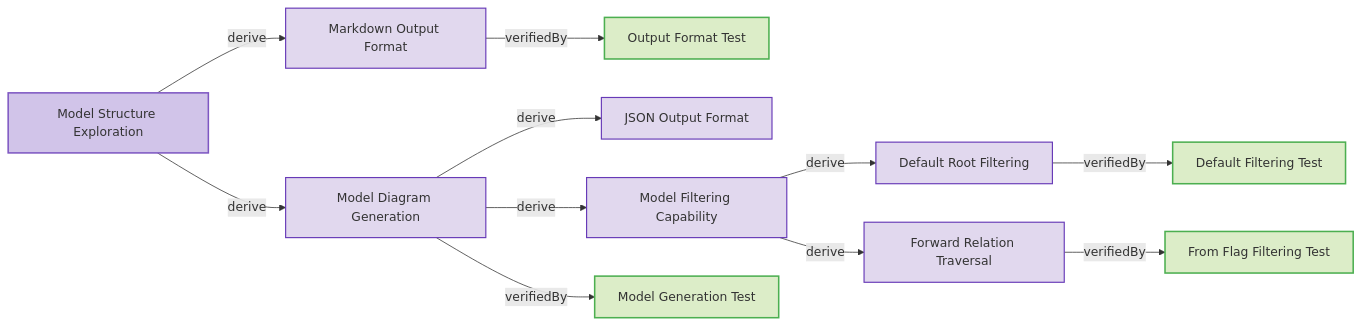
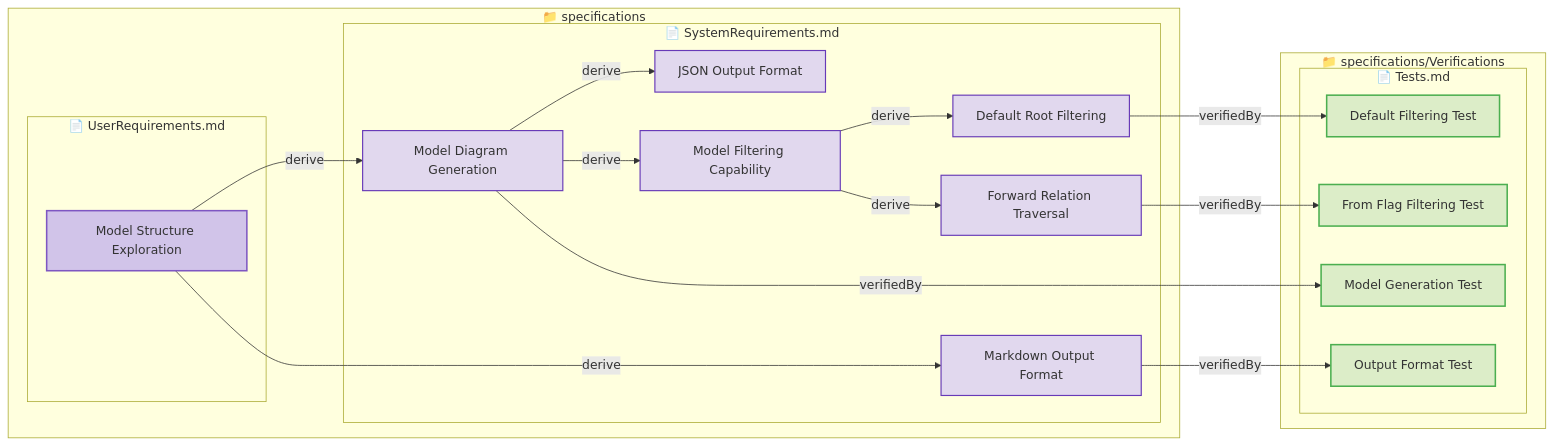
One commit to reqvire-org/reqvire changed the diagram in tests/test-model-command/expected/expected_output.md. Above: the diagram before and after it, drawn with Mermaid. The commit also changed 16 other files, not shown here.

First line of the commit message:
Add containment structure to all mermaid diagrams

````diff
--- a/tests/test-model-command/expected/expected_output.md
+++ b/tests/test-model-command/expected/expected_output.md
@@ -9,81 +9,64 @@
 ```mermaid
 graph LR
   classDef userRequirement fill:#D1C4E9,stroke:#7E57C2,stroke-width:2px;
   classDef systemRequirement fill:#E1D8EE,stroke:#673AB7,stroke-width:1.5px;
   classDef verification fill:#DCEDC8,stroke:#4CAF50,stroke-width:2px;
   classDef default fill:#F5F5F5,stroke:#424242,stroke-width:1.5px;
 
-  32fb52886d6166a1["Model Structure Exploration"];
-  class 32fb52886d6166a1 userRequirement;
-  click 32fb52886d6166a1 "specifications/UserRequirements.md#model-structure-exploration";
-  8accb4e2c9363546["Markdown Output Format"];
-  class 8accb4e2c9363546 systemRequirement;
-  click 8accb4e2c9363546 "specifications/SystemRequirements.md#markdown-output-format";
+  classDef folder fill:#FAFAFA,stroke:#9E9E9E,stroke-width:3px;
+  classDef file fill:#FFF8E1,stroke:#FFCA28,stroke-width:2px;
+
+  subgraph b4c308bac4df6d65["📁 specifications"]
+    subgraph d76ffb0335b04f31["📄 SystemRequirements.md"]
+      5b114dac21ad2026["Default Root Filtering"];
+      class 5b114dac21ad2026 systemRequirement;
+      click 5b114dac21ad2026 "specifications/SystemRequirements.md#default-root-filtering";
+      46fbef5d552a5c01["Forward Relation Traversal"];
+      class 46fbef5d552a5c01 systemRequirement;
+      click 46fbef5d552a5c01 "specifications/SystemRequirements.md#forward-relation-traversal";
+      f27d93928246808["JSON Output Format"];
+      class f27d93928246808 systemRequirement;
+      click f27d93928246808 "specifications/SystemRequirements.md#json-output-format";
+      8accb4e2c9363546["Markdown Output Format"];
+      class 8accb4e2c9363546 systemRequirement;
+      click 8accb4e2c9363546 "specifications/SystemRequirements.md#markdown-output-format";
+      4f998d84bbf8f547["Model Diagram Generation"];
+      class 4f998d84bbf8f547 systemRequirement;
+      click 4f998d84bbf8f547 "specifications/SystemRequirements.md#model-diagram-generation";
+      1ca5a7c02ab1c5f4["Model Filtering Capability"];
+      class 1ca5a7c02ab1c5f4 systemRequirement;
+      click 1ca5a7c02ab1c5f4 "specifications/SystemRequirements.md#model-filtering-capability";
+    end
+    subgraph c057e38f409f215b["📄 UserRequirements.md"]
+      32fb52886d6166a1["Model Structure Exploration"];
+      class 32fb52886d6166a1 userRequirement;
+      click 32fb52886d6166a1 "specifications/UserRequirements.md#model-structure-exploration";
+    end
+  end
+  subgraph 186822cd467e0417["📁 specifications/Verifications"]
+    subgraph b64358bba6ee017f["📄 Tests.md"]
+      c28803f3ded267fb["Default Filtering Test"];
+      class c28803f3ded267fb verification;
+      click c28803f3ded267fb "specifications/Verifications/Tests.md#default-filtering-test";
+      15d847f8ebf34901["From Flag Filtering Test"];
+      class 15d847f8ebf34901 verification;
+      click 15d847f8ebf34901 "specifications/Verifications/Tests.md#from-flag-filtering-test";
+      e80d22d575e02537["Model Generation Test"];
+      class e80d22d575e02537 verification;
+      click e80d22d575e02537 "specifications/Verifications/Tests.md#model-generation-test";
+      8cc3b7ebaf3ea9b["Output Format Test"];
+      class 8cc3b7ebaf3ea9b verification;
+      click 8cc3b7ebaf3ea9b "specifications/Verifications/Tests.md#output-format-test";
+    end
+  end
   32fb52886d6166a1 -->|derive| 8accb4e2c9363546;
-  8accb4e2c9363546["Markdown Output Format"];
-  class 8accb4e2c9363546 systemRequirement;
-  click 8accb4e2c9363546 "specifications/SystemRequirements.md#markdown-output-format";
-  8cc3b7ebaf3ea9b["Output Format Test"];
-  class 8cc3b7ebaf3ea9b verification;
-  click 8cc3b7ebaf3ea9b "specifications/Verifications/Tests.md#output-format-test";
   8accb4e2c9363546 -->|verifiedBy| 8cc3b7ebaf3ea9b;
-  8cc3b7ebaf3ea9b["Output Format Test"];
-  class 8cc3b7ebaf3ea9b verification;
-  click 8cc3b7ebaf3ea9b "specifications/Verifications/Tests.md#output-format-test";
-  4f998d84bbf8f547["Model Diagram Generation"];
-  class 4f998d84bbf8f547 systemRequirement;
-  click 4f998d84bbf8f547 "specifications/SystemRequirements.md#model-diagram-generation";
   32fb52886d6166a1 -->|derive| 4f998d84bbf8f547;
-  4f998d84bbf8f547["Model Diagram Generation"];
-  class 4f998d84bbf8f547 systemRequirement;
-  click 4f998d84bbf8f547 "specifications/SystemRequirements.md#model-diagram-generation";
-  f27d93928246808["JSON Output Format"];
-  class f27d93928246808 systemRequirement;
-  click f27d93928246808 "specifications/SystemRequirements.md#json-output-format";
   4f998d84bbf8f547 -->|derive| f27d93928246808;
-  f27d93928246808["JSON Output Format"];
-  class f27d93928246808 systemRequirement;
-  click f27d93928246808 "specifications/SystemRequirements.md#json-output-format";
-  1ca5a7c02ab1c5f4["Model Filtering Capability"];
-  class 1ca5a7c02ab1c5f4 systemRequirement;
-  click 1ca5a7c02ab1c5f4 "specifications/SystemRequirements.md#model-filtering-capability";
   4f998d84bbf8f547 -->|derive| 1ca5a7c02ab1c5f4;
-  1ca5a7c02ab1c5f4["Model Filtering Capability"];
-  class 1ca5a7c02ab1c5f4 systemRequirement;
-  click 1ca5a7c02ab1c5f4 "specifications/SystemRequirements.md#model-filtering-capability";
-  5b114dac21ad2026["Default Root Filtering"];
-  class 5b114dac21ad2026 systemRequirement;
-  click 5b114dac21ad2026 "specifications/SystemRequirements.md#default-root-filtering";
   1ca5a7c02ab1c5f4 -->|derive| 5b114dac21ad2026;
-  5b114dac21ad2026["Default Root Filtering"];
-  class 5b114dac21ad2026 systemRequirement;
-  click 5b114dac21ad2026 "specifications/SystemRequirements.md#default-root-filtering";
-  c28803f3ded267fb["Default Filtering Test"];
-  class c28803f3ded267fb verification;
-  click c28803f3ded267fb "specifications/Verifications/Tests.md#default-filtering-test";
   5b114dac21ad2026 -->|verifiedBy| c28803f3ded267fb;
-  c28803f3ded267fb["Default Filtering Test"];
-  class c28803f3ded267fb verification;
-  click c28803f3ded267fb "specifications/Verifications/Tests.md#default-filtering-test";
-  46fbef5d552a5c01["Forward Relation Traversal"];
-  class 46fbef5d552a5c01 systemRequirement;
-  click 46fbef5d552a5c01 "specifications/SystemRequirements.md#forward-relation-traversal";
   1ca5a7c02ab1c5f4 -->|derive| 46fbef5d552a5c01;
-  46fbef5d552a5c01["Forward Relation Traversal"];
-  class 46fbef5d552a5c01 systemRequirement;
-  click 46fbef5d552a5c01 "specifications/SystemRequirements.md#forward-relation-traversal";
-  15d847f8ebf34901["From Flag Filtering Test"];
-  class 15d847f8ebf34901 verification;
-  click 15d847f8ebf34901 "specifications/Verifications/Tests.md#from-flag-filtering-test";
   46fbef5d552a5c01 -->|verifiedBy| 15d847f8ebf34901;
-  15d847f8ebf34901["From Flag Filtering Test"];
-  class 15d847f8ebf34901 verification;
-  click 15d847f8ebf34901 "specifications/Verifications/Tests.md#from-flag-filtering-test";
-  e80d22d575e02537["Model Generation Test"];
-  class e80d22d575e02537 verification;
-  click e80d22d575e02537 "specifications/Verifications/Tests.md#model-generation-test";
   4f998d84bbf8f547 -->|verifiedBy| e80d22d575e02537;
-  e80d22d575e02537["Model Generation Test"];
-  class e80d22d575e02537 verification;
-  click e80d22d575e02537 "specifications/Verifications/Tests.md#model-generation-test";
 ```
````
